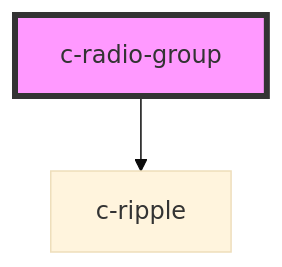
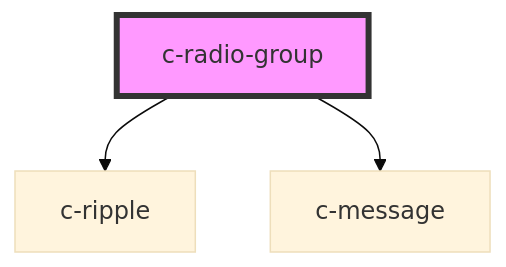
Before and after one commit to CSCfi/ui: the diagram in packages/csc-ui/src/components/c-radio-group/readme.md, drawn with Mermaid (base theme). The commit also changed other lines of this file and 11 other files, not shown here.

Commit message:
fix: c-checkbox & c-radio-group - Use c-message to display error and hint messages

````diff
--- a/packages/csc-ui/src/components/c-radio-group/readme.md
+++ b/packages/csc-ui/src/components/c-radio-group/readme.md
@@ -57,5 +59,6 @@
 ```mermaid
 graph TD;
   c-radio-group --> c-ripple
+  c-radio-group --> c-message
   style c-radio-group fill:#f9f,stroke:#333,stroke-width:4px
 ```
````
